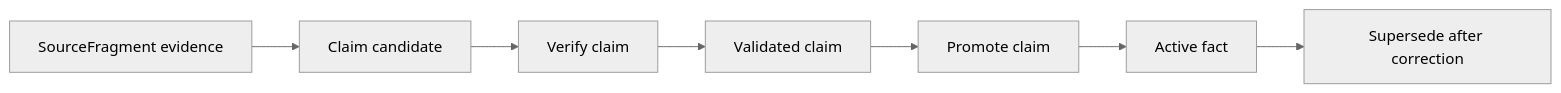
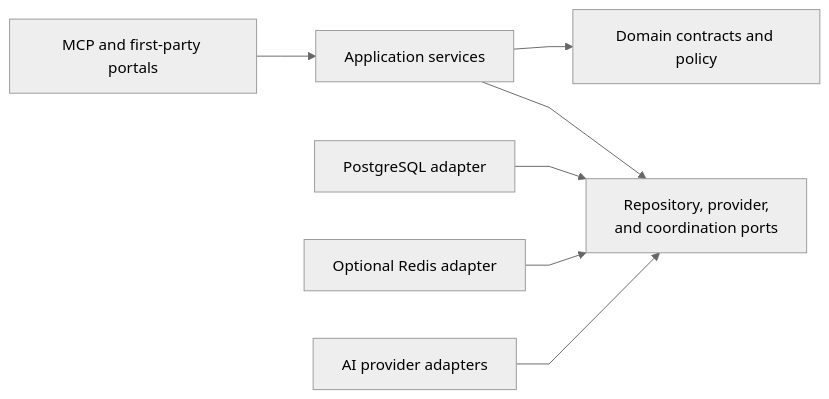
Before and after one commit to markhuangai/dense-mem: the third of 8 diagrams in Architecture.md, drawn with Mermaid (neutral theme). The commit also changed other lines of this file and 32 other files, not shown here.

Commit message:
Update semantic memory v2 architecture docs

````diff
--- a/Architecture.md
+++ b/Architecture.md
@@ -91,9 +128,10 @@
 ```mermaid
+%%{init: {"flowchart": {"curve": "linear"}}}%%
 flowchart LR
-  Fragment["SourceFragment evidence"] --> Claim["Claim candidate"]
-  Claim --> Verify["Verify claim"]
-  Verify --> Validated["Validated claim"]
-  Validated --> Promote["Promote claim"]
-  Promote --> Fact["Active fact"]
-  Fact --> Supersede["Supersede after correction"]
+  Transport["MCP and first-party portals"] --> Application["Application services"]
+  Application --> Domain["Domain contracts and policy"]
+  Application --> Ports["Repository, provider,<br/>and coordination ports"]
+  PG["PostgreSQL adapter"] --> Ports
+  Redis["Optional Redis adapter"] --> Ports
+  AI["AI provider adapters"] --> Ports
 ```
````
